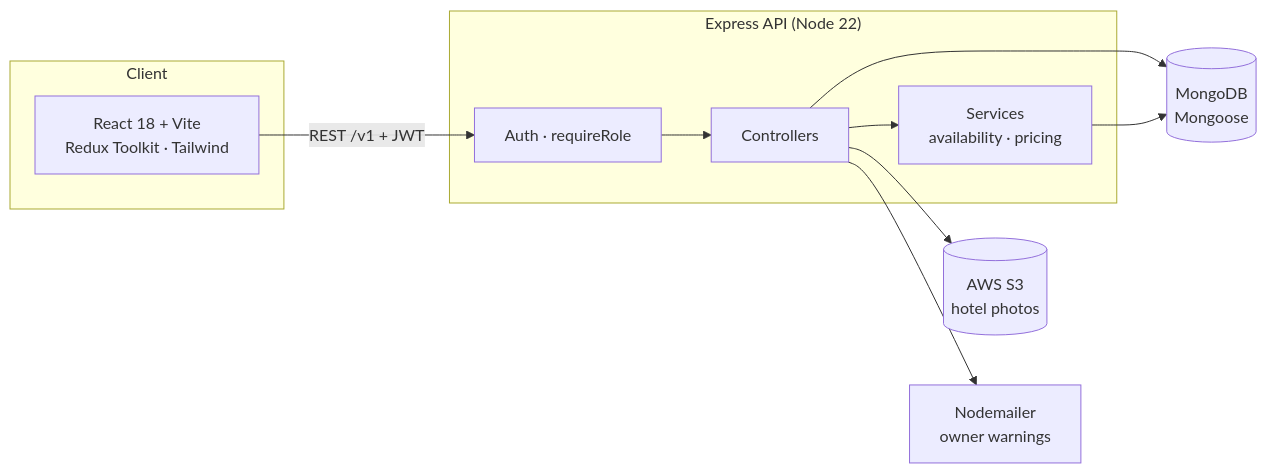
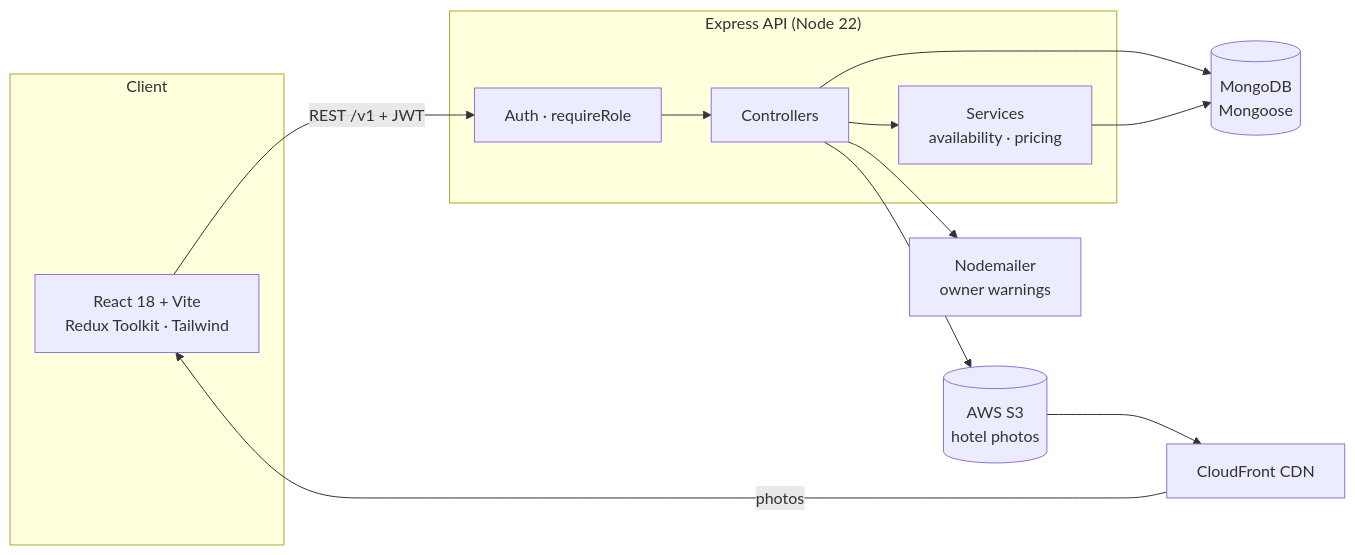
The diagram in README.md (ASURA103/hotel-managment-system), drawn with Mermaid before and after one commit. The commit also changed other lines of this file, not shown here.

First line of the commit message:
docs: README — hotel photos are served through CloudFront

````diff
--- a/README.md
+++ b/README.md
@@ -58,15 +58,17 @@
 ```mermaid
 flowchart LR
   subgraph Client
     B[React 18 + Vite<br/>Redux Toolkit · Tailwind]
   end
   subgraph API["Express API (Node 22)"]
     A[Auth · requireRole] --> C[Controllers]
     C --> S[Services<br/>availability · pricing]
   end
   B -- "REST /v1 + JWT" --> A
   C --> M[(MongoDB<br/>Mongoose)]
   S --> M
   C --> S3[(AWS S3<br/>hotel photos)]
+  S3 --> CF[CloudFront CDN]
+  CF -- "photos" --> B
   C --> E[Nodemailer<br/>owner warnings]
 ```
````
